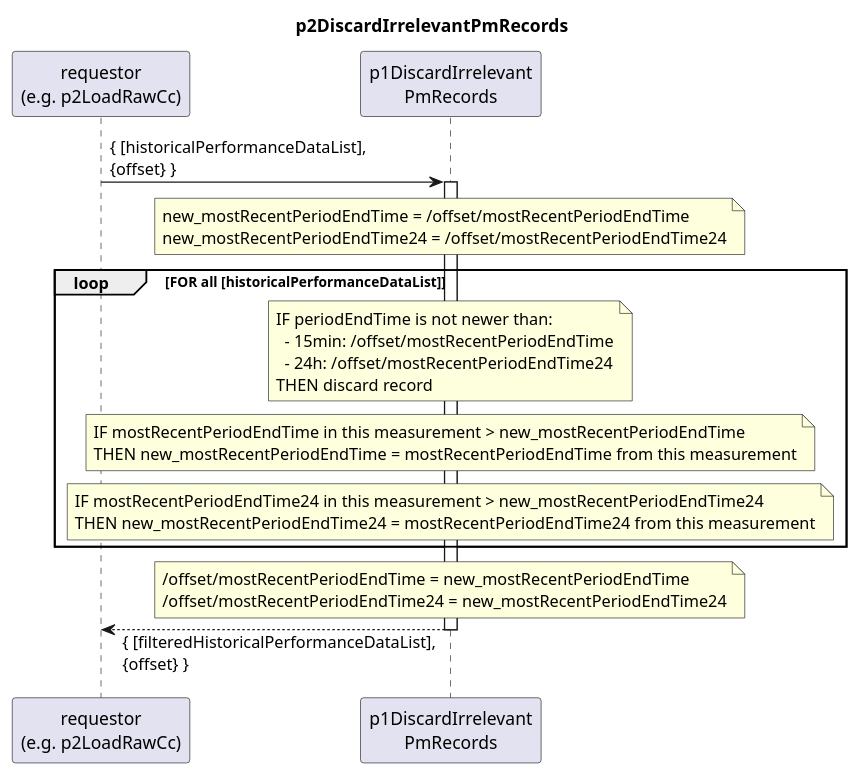
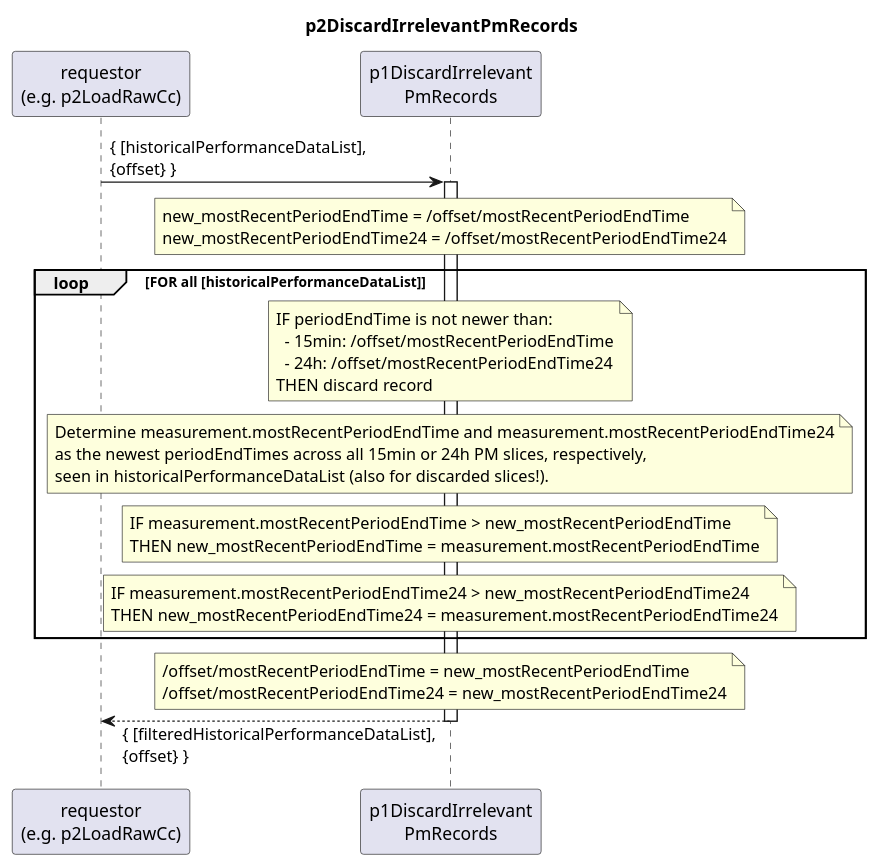
One commit to openBackhaul/DevicePerformanceManagementDataProcessor changed the diagram in spec/Functions/p1StreamPmData/p1ProcessDevice/p2LoadRawCc/p2DiscardIrrelevantPmRecords/1.0.0/p2DiscardIrrelevantPmRecords.plantuml. Above: the diagram before and after it, drawn with PlantUML. The commit also changed 1 other file, not shown here.

Commit message:
update diagram

```diff
--- a/spec/Functions/p1StreamPmData/p1ProcessDevice/p2LoadRawCc/p2DiscardIrrelevantPmRecords/1.0.0/p2DiscardIrrelevantPmRecords.plantuml
+++ b/spec/Functions/p1StreamPmData/p1ProcessDevice/p2LoadRawCc/p2DiscardIrrelevantPmRecords/1.0.0/p2DiscardIrrelevantPmRecords.plantuml
@@ -1,50 +1,57 @@
 @startuml p2DiscardIrrelevantPmRecords
 skinparam responseMessageBelowArrow true
 
 title
   p2DiscardIrrelevantPmRecords
 end title
 
 participant "requestor\n(e.g. p2LoadRawCc)" as requestor
 participant "p1DiscardIrrelevant\nPmRecords" as cur
 
 
 requestor -> cur: { [historicalPerformanceDataList],\n{offset} }
 activate cur
 
 note over cur
   new_mostRecentPeriodEndTime = /offset/mostRecentPeriodEndTime
   new_mostRecentPeriodEndTime24 = /offset/mostRecentPeriodEndTime24
 end note
 
 loop FOR all [historicalPerformanceDataList]
 
   note over cur
     IF periodEndTime is not newer than:
       - 15min: /offset/mostRecentPeriodEndTime
       - 24h: /offset/mostRecentPeriodEndTime24
     THEN discard record
   end note
 
   note over cur
-    IF mostRecentPeriodEndTime in this measurement > new_mostRecentPeriodEndTime
-    THEN new_mostRecentPeriodEndTime = mostRecentPeriodEndTime from this measurement
+    Determine measurement.mostRecentPeriodEndTime and measurement.mostRecentPeriodEndTime24
+    as the newest periodEndTimes across all 15min or 24h PM slices, respectively,
+    seen in historicalPerformanceDataList (also for discarded slices!).
+  end note
+
+
+  note over cur
+    IF measurement.mostRecentPeriodEndTime > new_mostRecentPeriodEndTime
+    THEN new_mostRecentPeriodEndTime = measurement.mostRecentPeriodEndTime
   end note
 
   note over cur
-    IF mostRecentPeriodEndTime24 in this measurement > new_mostRecentPeriodEndTime24
-    THEN new_mostRecentPeriodEndTime24 = mostRecentPeriodEndTime24 from this measurement
+    IF measurement.mostRecentPeriodEndTime24 > new_mostRecentPeriodEndTime24
+    THEN new_mostRecentPeriodEndTime24 = measurement.mostRecentPeriodEndTime24
   end note
 
 end loop
 
 note over cur
   /offset/mostRecentPeriodEndTime = new_mostRecentPeriodEndTime
   /offset/mostRecentPeriodEndTime24 = new_mostRecentPeriodEndTime24
 end note
 
 requestor <-- cur: { [filteredHistoricalPerformanceDataList],\n{offset} }
 
 deactivate cur
 
 @enduml
```
